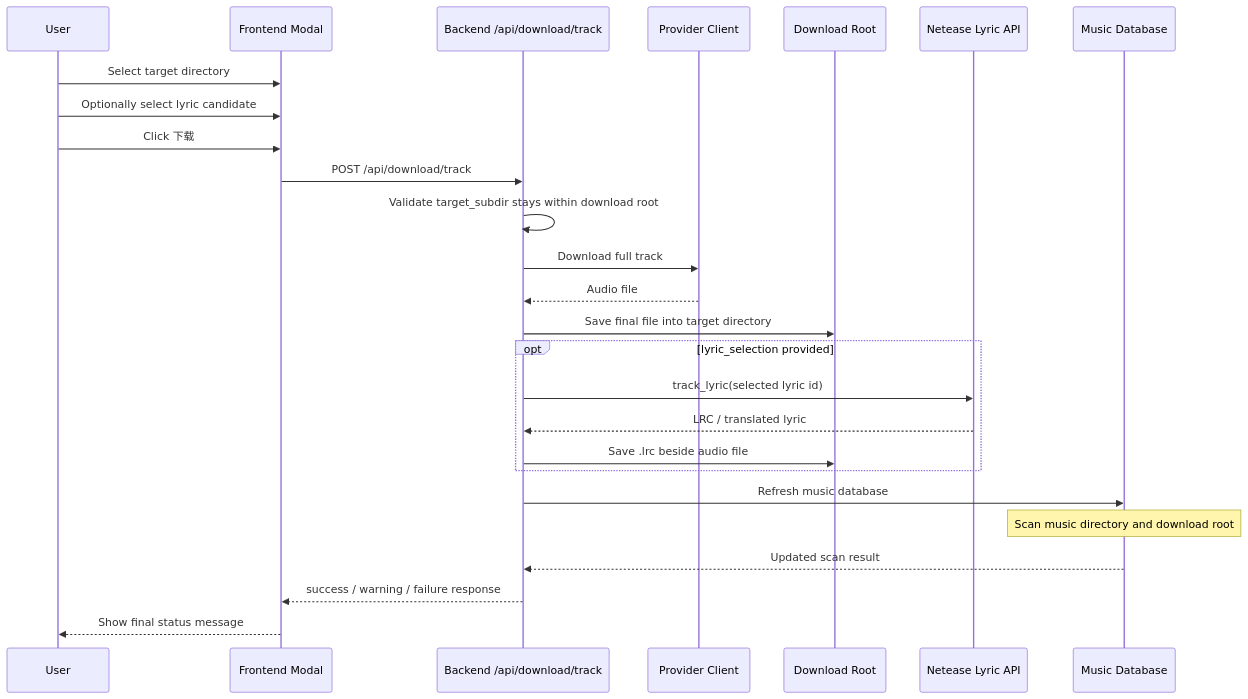
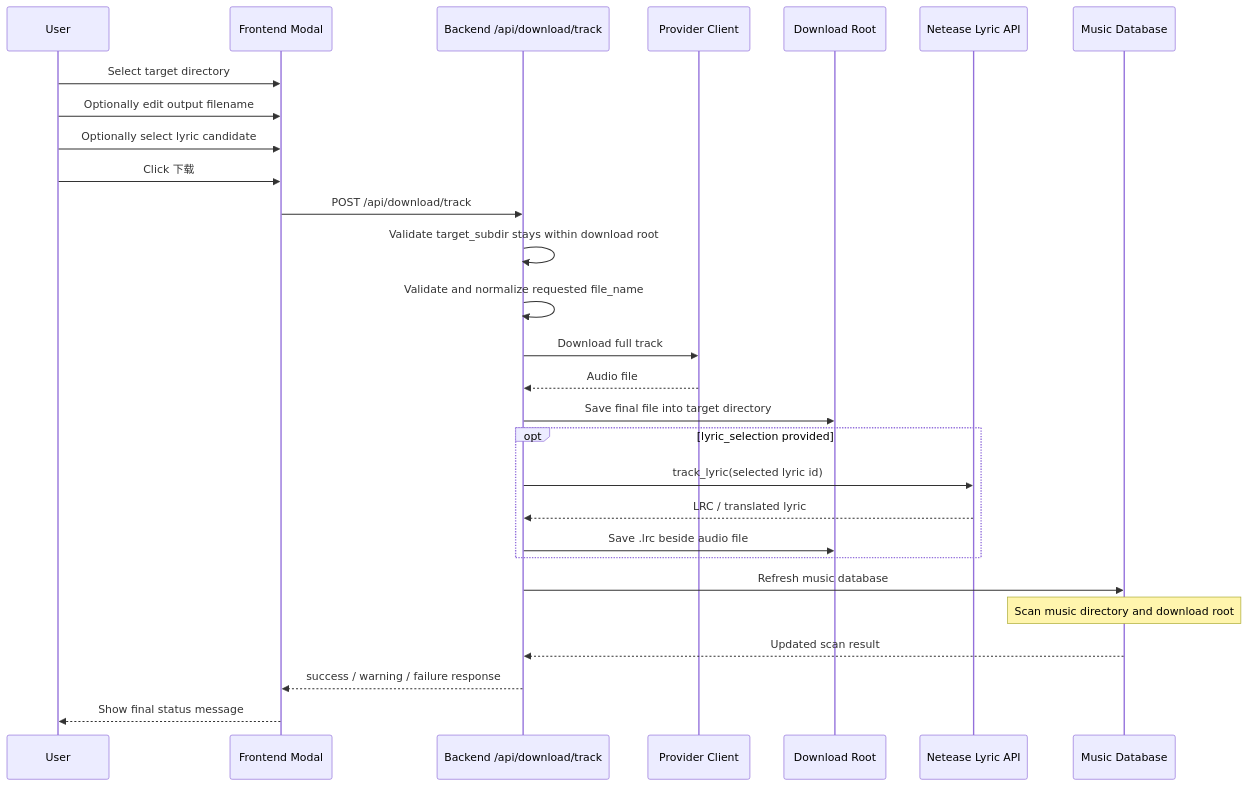
One commit to Afeather2017/Kaulan changed the fourth of 5 diagrams in docs/online-search-download.md. Above: the diagram before and after it, drawn with Mermaid. The commit also changed other lines of this file and 8 other files, not shown here.

````diff
--- a/docs/online-search-download.md
+++ b/docs/online-search-download.md
@@ -345,29 +352,31 @@
 ```mermaid
 sequenceDiagram
     participant User
     participant FE as Frontend Modal
     participant BE as Backend /api/download/track
     participant Provider as Provider Client
     participant FS as Download Root
     participant Lyrics as Netease Lyric API
     participant DB as Music Database
 
     User->>FE: Select target directory
+    User->>FE: Optionally edit output filename
     User->>FE: Optionally select lyric candidate
     User->>FE: Click 下载
     FE->>BE: POST /api/download/track
     BE->>BE: Validate target_subdir stays within download root
+    BE->>BE: Validate and normalize requested file_name
     BE->>Provider: Download full track
     Provider-->>BE: Audio file
     BE->>FS: Save final file into target directory
     opt lyric_selection provided
         BE->>Lyrics: track_lyric(selected lyric id)
         Lyrics-->>BE: LRC / translated lyric
         BE->>FS: Save .lrc beside audio file
     end
     BE->>DB: Refresh music database
     Note over DB: Scan music directory and download root
     DB-->>BE: Updated scan result
     BE-->>FE: success / warning / failure response
     FE-->>User: Show final status message
 ```
````
